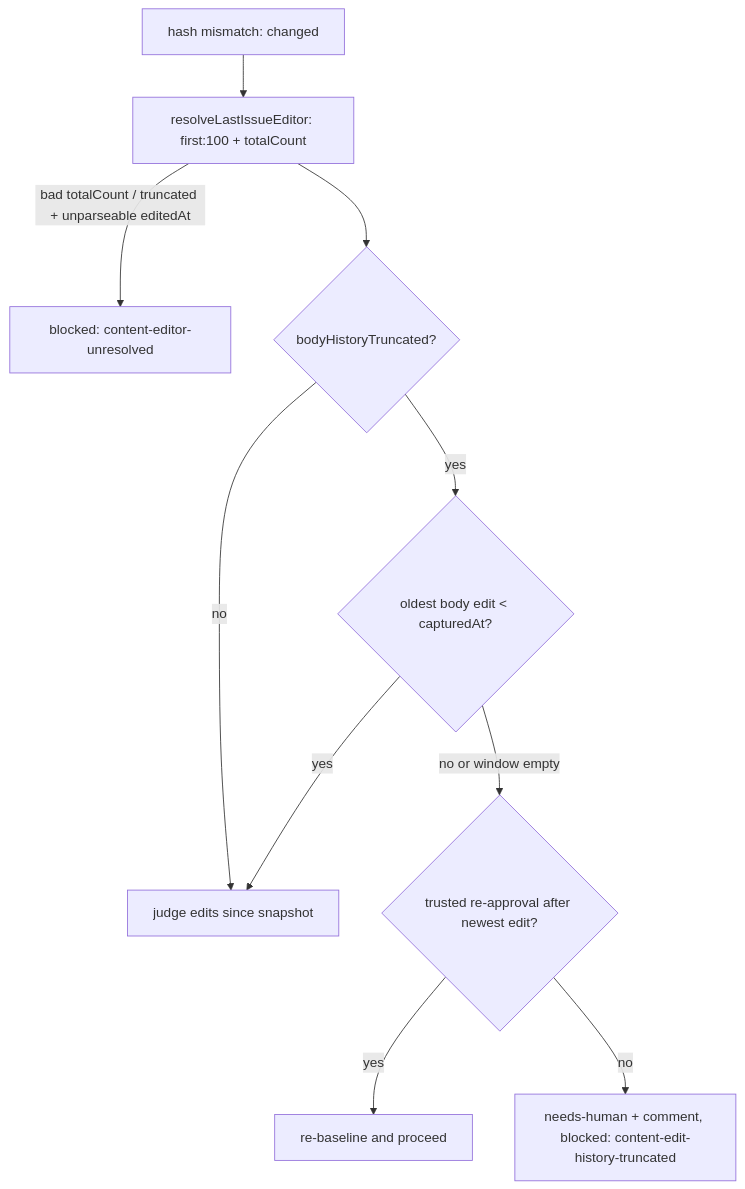
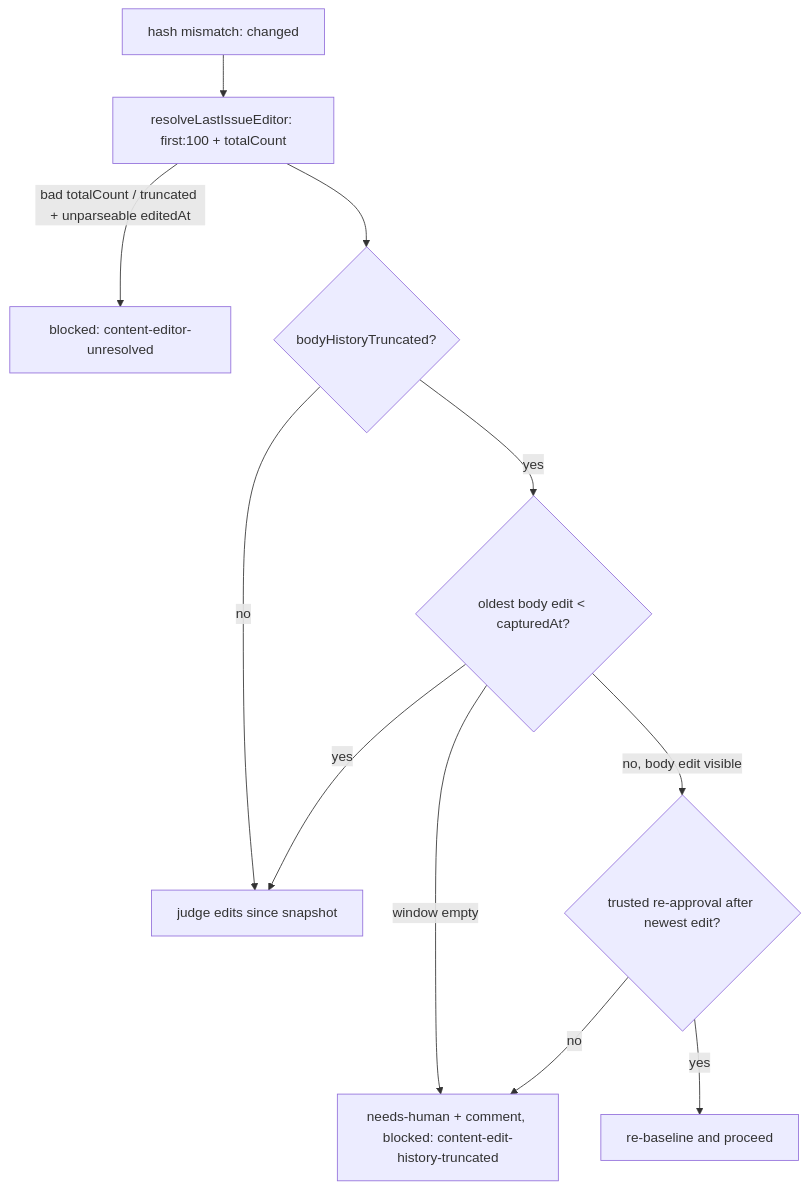
The diagram in docs/archive/pr-summaries/pr-summary-4804.md (stSoftwareAU/VibeCoder), drawn with Mermaid before and after one commit. The commit also changed other lines of this file and 2 other files, not shown here.

````diff
--- a/docs/archive/pr-summaries/pr-summary-4804.md
+++ b/docs/archive/pr-summaries/pr-summary-4804.md
@@ -56,12 +57,13 @@
 ```mermaid
 flowchart TD
     A[hash mismatch: changed] --> B[resolveLastIssueEditor: first:100 + totalCount]
     B -->|bad totalCount / truncated + unparseable editedAt| X[blocked: content-editor-unresolved]
     B --> C{bodyHistoryTruncated?}
     C -->|no| E[judge edits since snapshot]
     C -->|yes| D{oldest body edit < capturedAt?}
-    D -->|no or window empty| R{trusted re-approval after newest edit?}
+    D -->|window empty| T[needs-human + comment, blocked: content-edit-history-truncated]
+    D -->|no, body edit visible| R{trusted re-approval after newest edit?}
     R -->|yes| P[re-baseline and proceed]
-    R -->|no| T[needs-human + comment, blocked: content-edit-history-truncated]
+    R -->|no| T
     D -->|yes| E
 ```
````
